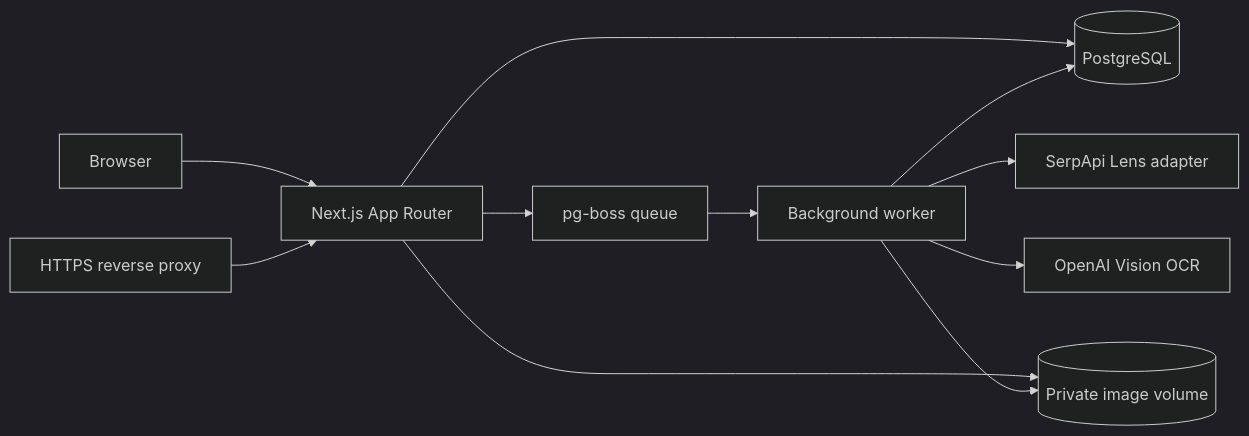
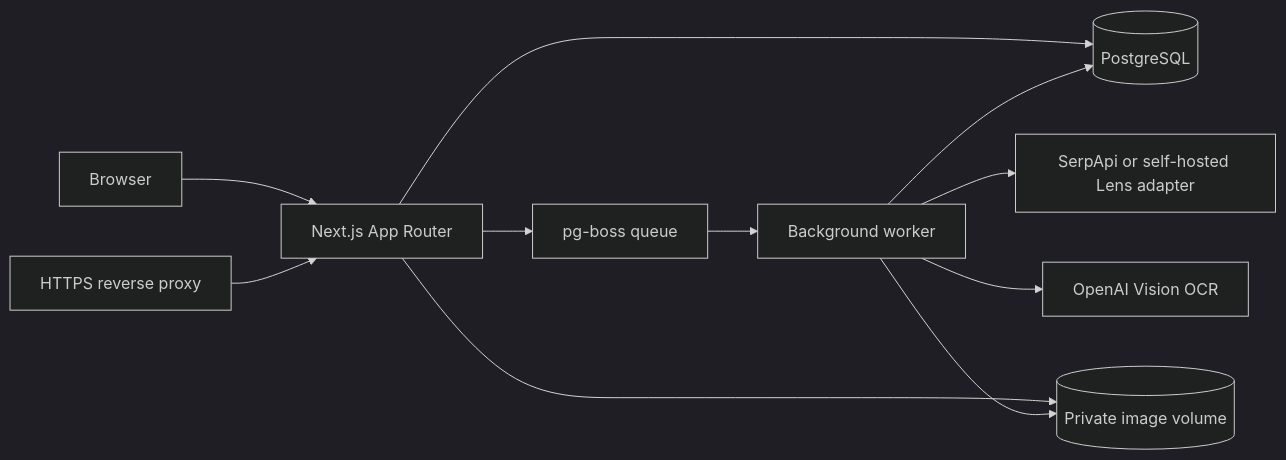
Before and after one commit to arslanbasharat-o-o/RMA-System: the second of 2 diagrams in README.md, drawn with Mermaid (dark theme). The commit also changed other lines of this file and 9 other files, not shown here.

Commit message:
feat(lens): add reversible self-hosted provider

````diff
--- a/README.md
+++ b/README.md
@@ -74,13 +74,13 @@
 ```mermaid
 flowchart LR
   Browser --> Web[Next.js App Router]
   Web --> DB[(PostgreSQL)]
   Web --> Queue[pg-boss queue]
   Queue --> Worker[Background worker]
-  Worker --> Lens[SerpApi Lens adapter]
+  Worker --> Lens[SerpApi or self-hosted Lens adapter]
   Worker --> OCR[OpenAI Vision OCR]
   Worker --> DB
   Web --> Store[(Private image volume)]
   Worker --> Store
   Proxy[HTTPS reverse proxy] --> Web
 ```
````
